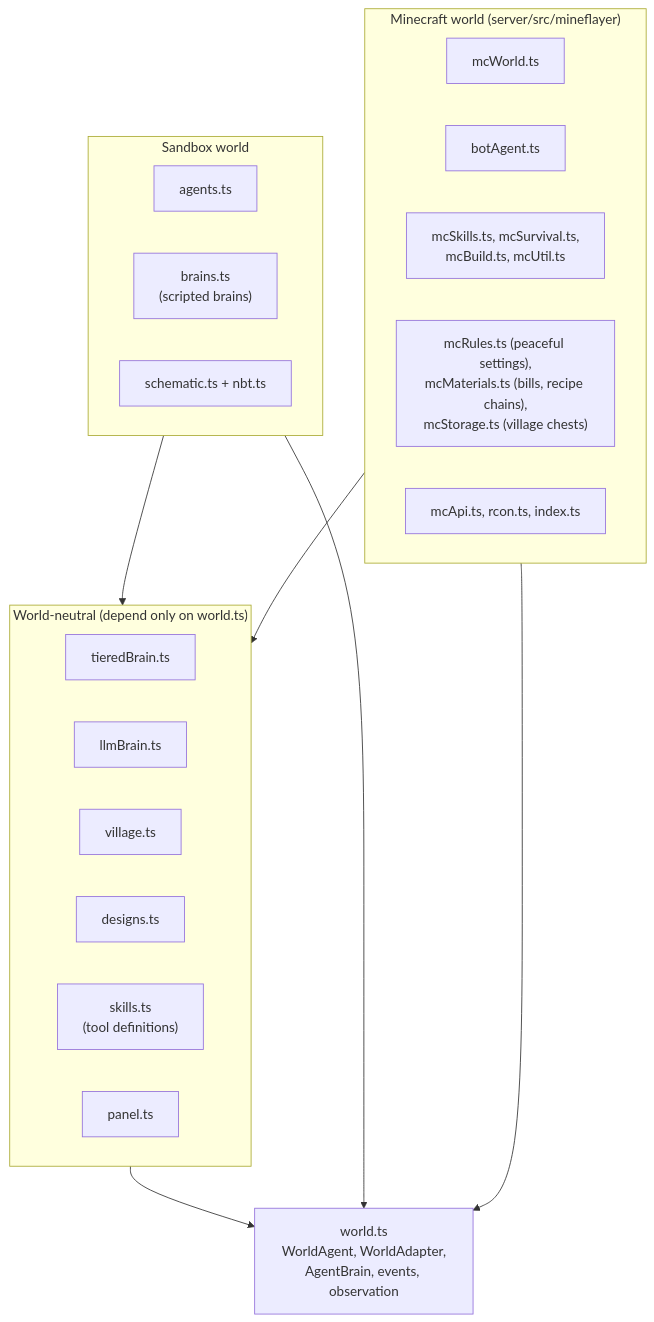
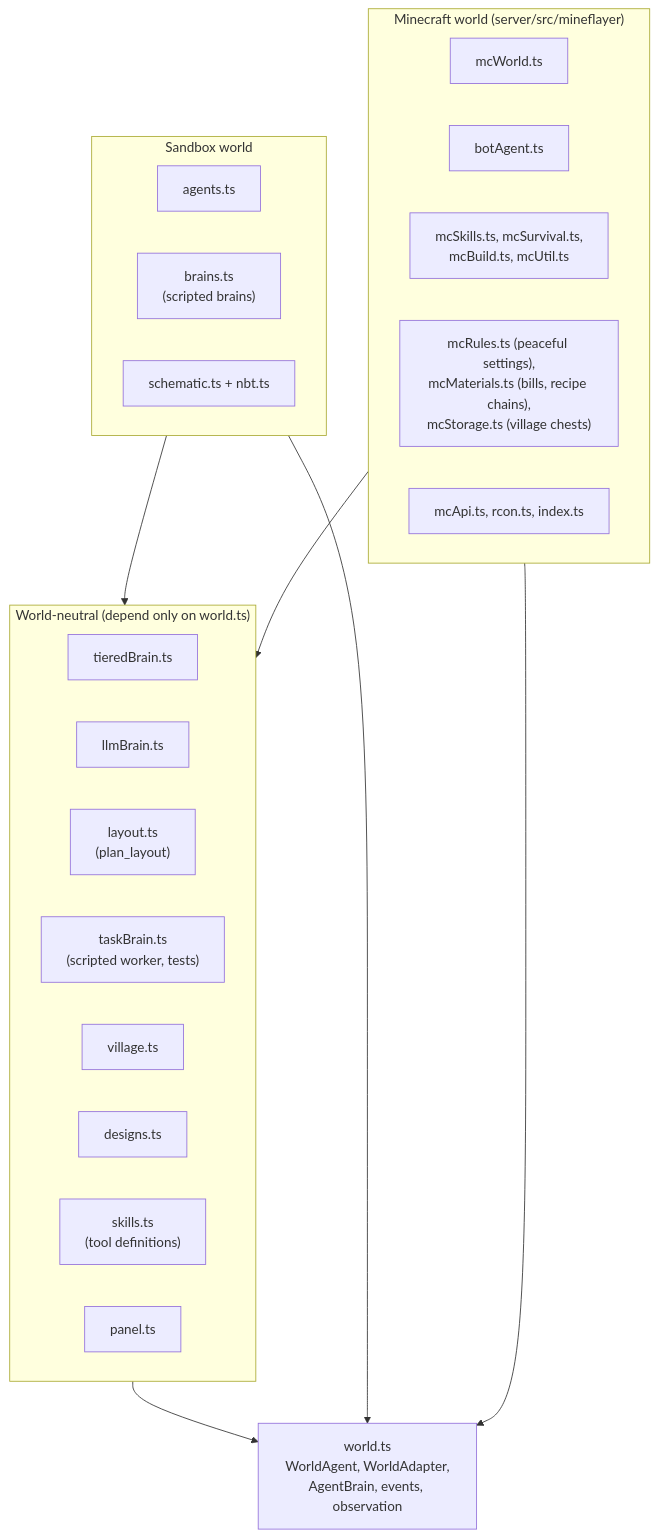
One commit to delphium226/MCAISandbox changed the third of 12 diagrams in docs/ARCHITECTURE.md. Above: the diagram before and after it, drawn with Mermaid. The commit also changed other lines of this file and 9 other files, not shown here.

````diff
--- a/docs/ARCHITECTURE.md
+++ b/docs/ARCHITECTURE.md
@@ -132,29 +132,31 @@
 ```mermaid
 flowchart TB
   subgraph neutral["World-neutral (depend only on world.ts)"]
     tiered["tieredBrain.ts"]
     llm["llmBrain.ts"]
+    layoutts["layout.ts<br/>(plan_layout)"]
+    taskb["taskBrain.ts<br/>(scripted worker, tests)"]
     village["village.ts"]
     designs["designs.ts"]
     skills["skills.ts<br/>(tool definitions)"]
     panelts["panel.ts"]
   end
   world["world.ts<br/>WorldAgent, WorldAdapter,<br/>AgentBrain, events, observation"]
   subgraph sandbox["Sandbox world"]
     agents["agents.ts"]
     brains["brains.ts<br/>(scripted brains)"]
     schematic["schematic.ts + nbt.ts"]
   end
   subgraph minecraft["Minecraft world (server/src/mineflayer)"]
     mcworld["mcWorld.ts"]
     bot["botAgent.ts"]
     mcskills["mcSkills.ts, mcSurvival.ts,<br/>mcBuild.ts, mcUtil.ts"]
     mcecon["mcRules.ts (peaceful settings),<br/>mcMaterials.ts (bills, recipe chains),<br/>mcStorage.ts (village chests)"]
     mcapi["mcApi.ts, rcon.ts, index.ts"]
   end
   neutral --> world
   sandbox --> world
   minecraft --> world
   sandbox --> neutral
   minecraft --> neutral
 ```
````
